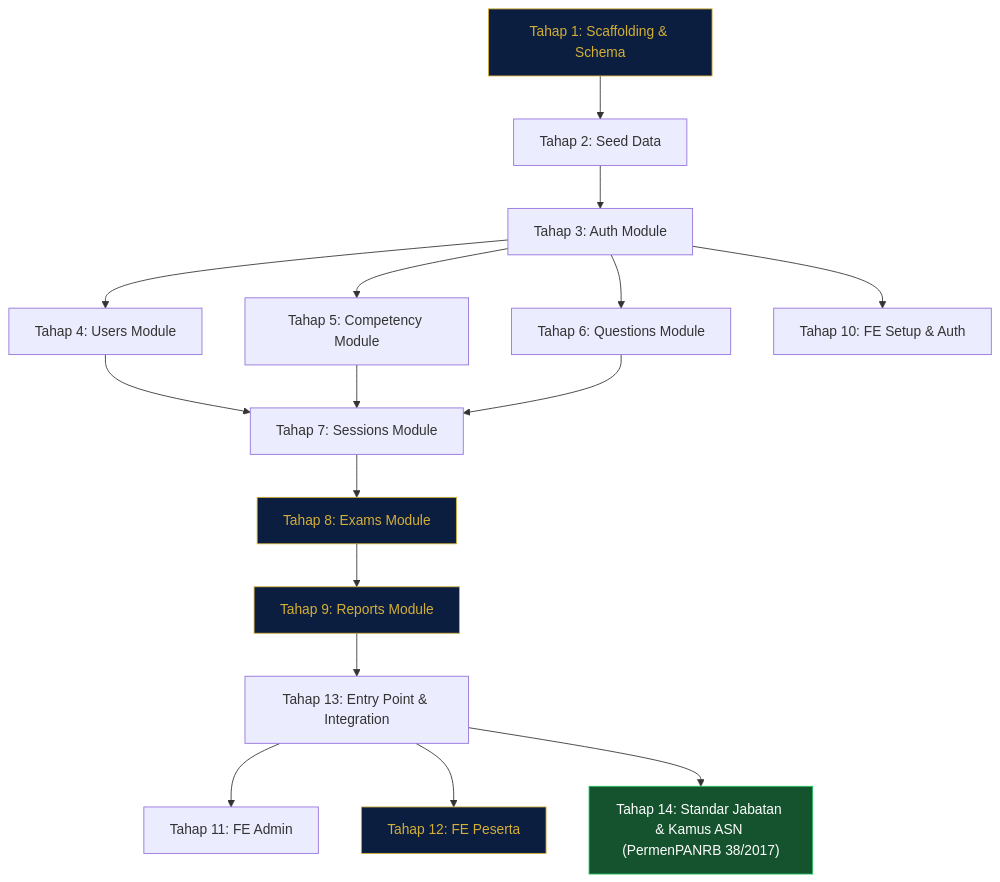
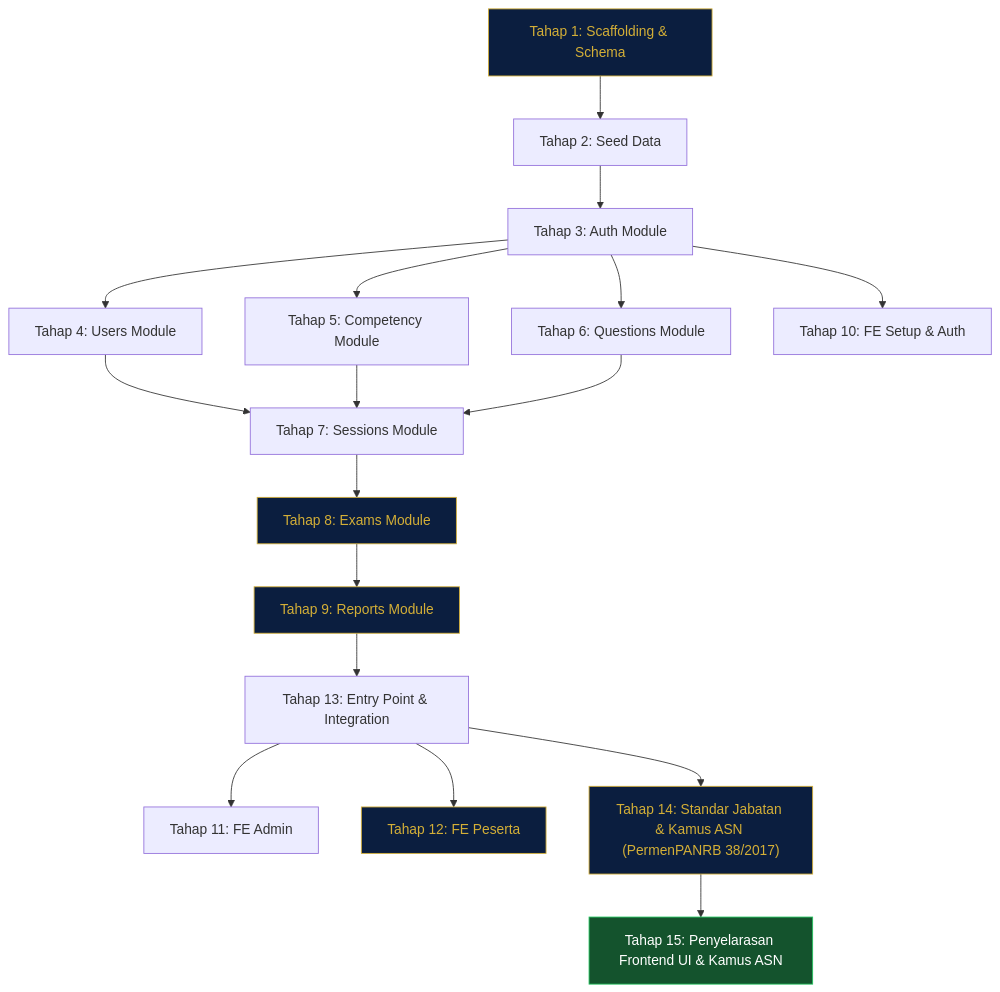
Before and after one commit to oktadhirga/asesmen: the diagram in TDD_PLAN.md, drawn with Mermaid. The commit also changed other lines of this file and 16 other files, not shown here.

First line of the commit message:
feat(ui): align frontend with ASN PermenPANRB 38/2017 competency dictionary (Tahap 15)

````diff
--- a/TDD_PLAN.md
+++ b/TDD_PLAN.md
@@ -832,24 +909,26 @@
 ```mermaid
 graph TD
     T1["Tahap 1: Scaffolding & Schema"] --> T2["Tahap 2: Seed Data"]
     T2 --> T3["Tahap 3: Auth Module"]
     T3 --> T4["Tahap 4: Users Module"]
     T3 --> T5["Tahap 5: Competency Module"]
     T3 --> T6["Tahap 6: Questions Module"]
     T4 --> T7["Tahap 7: Sessions Module"]
     T5 --> T7
     T6 --> T7
     T7 --> T8["Tahap 8: Exams Module"]
     T8 --> T9["Tahap 9: Reports Module"]
     T9 --> T13["Tahap 13: Entry Point & Integration"]
     T3 --> T10["Tahap 10: FE Setup & Auth"]
     T13 --> T11["Tahap 11: FE Admin"]
     T13 --> T12["Tahap 12: FE Peserta"]
     T13 --> T14["Tahap 14: Standar Jabatan & Kamus ASN (PermenPANRB 38/2017)"]
+    T14 --> T15["Tahap 15: Penyelarasan Frontend UI & Kamus ASN"]
 
     style T1 fill:#0b1e3f,color:#d4af37,stroke:#d4af37
     style T8 fill:#0b1e3f,color:#d4af37,stroke:#d4af37
     style T9 fill:#0b1e3f,color:#d4af37,stroke:#d4af37
     style T12 fill:#0b1e3f,color:#d4af37,stroke:#d4af37
-    style T14 fill:#14532d,color:#ffffff,stroke:#22c55e
+    style T14 fill:#0b1e3f,color:#d4af37,stroke:#d4af37
+    style T15 fill:#14532d,color:#ffffff,stroke:#22c55e
 ```
````
